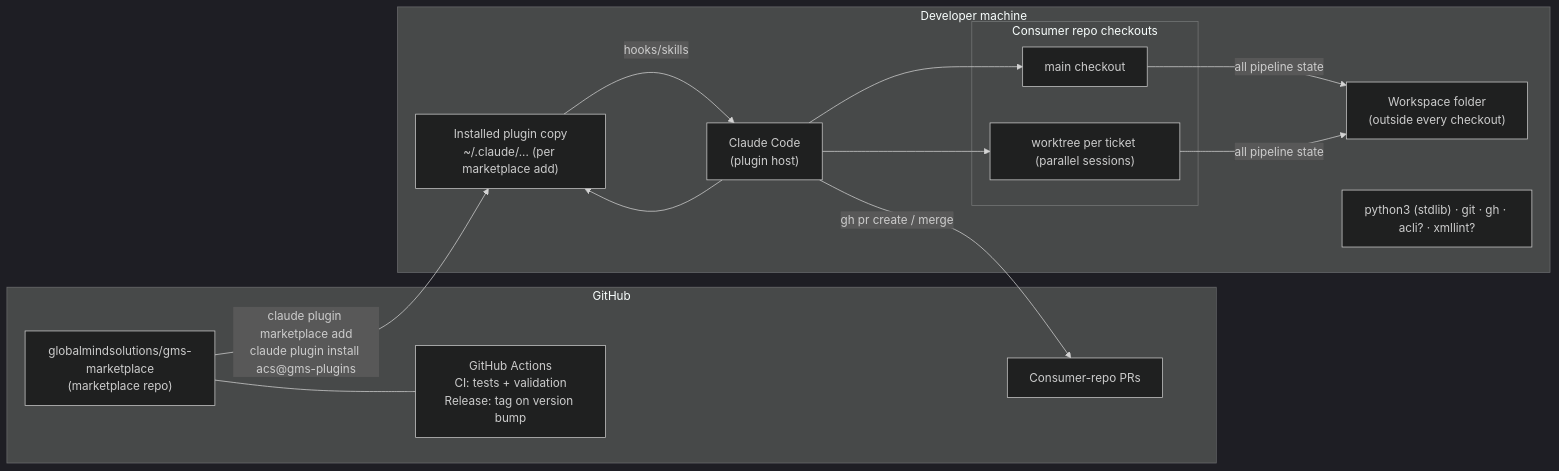
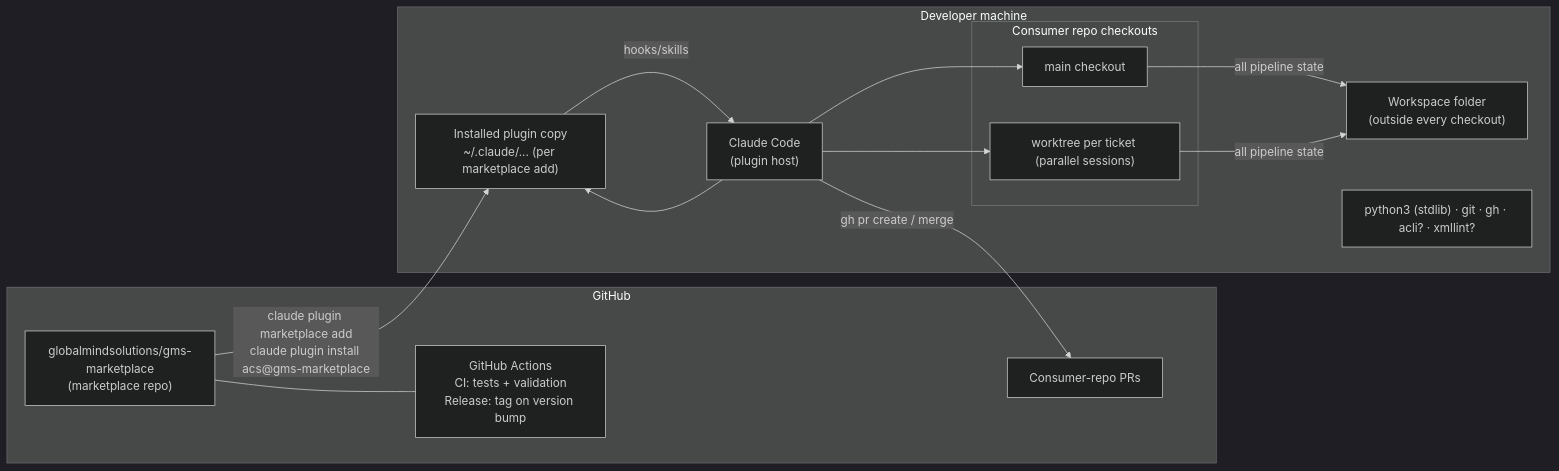
The diagram in docs/architecture/hld/deployment.md (globalmindsolutions/gms-marketplace), drawn with Mermaid (dark theme) before and after one commit. The commit also changed 8 other files, not shown here.

First line of the commit message:
Rename marketplace identifier from gms-plugins to gms-marketplace

````diff
--- a/docs/architecture/hld/deployment.md
+++ b/docs/architecture/hld/deployment.md
@@ -3,27 +3,27 @@
 ```mermaid
 flowchart LR
     subgraph github["GitHub"]
         MR["globalmindsolutions/gms-marketplace<br/>(marketplace repo)"]
         ACT["GitHub Actions<br/>CI: tests + validation<br/>Release: tag on version bump"]
         PRS["Consumer-repo PRs"]
     end
 
     subgraph machine["Developer machine"]
         CC["Claude Code<br/>(plugin host)"]
         PI["Installed plugin copy<br/>~/.claude/... (per marketplace add)"]
         subgraph checkouts["Consumer repo checkouts"]
             CO1["main checkout"]
             CO2["worktree per ticket (parallel sessions)"]
         end
         WS["Workspace folder<br/>(outside every checkout)"]
         PY["python3 (stdlib) · git · gh · acli? · xmllint?"]
     end
 
-    MR -- "claude plugin marketplace add<br/>claude plugin install acs@gms-plugins" --> PI
+    MR -- "claude plugin marketplace add<br/>claude plugin install acs@gms-marketplace" --> PI
     MR --- ACT
     CC --> PI
     PI -- hooks/skills --> CC
     CC --> CO1 & CO2
     CO1 & CO2 -- "all pipeline state" --> WS
     CC -- "gh pr create / merge" --> PRS
 ```
````
